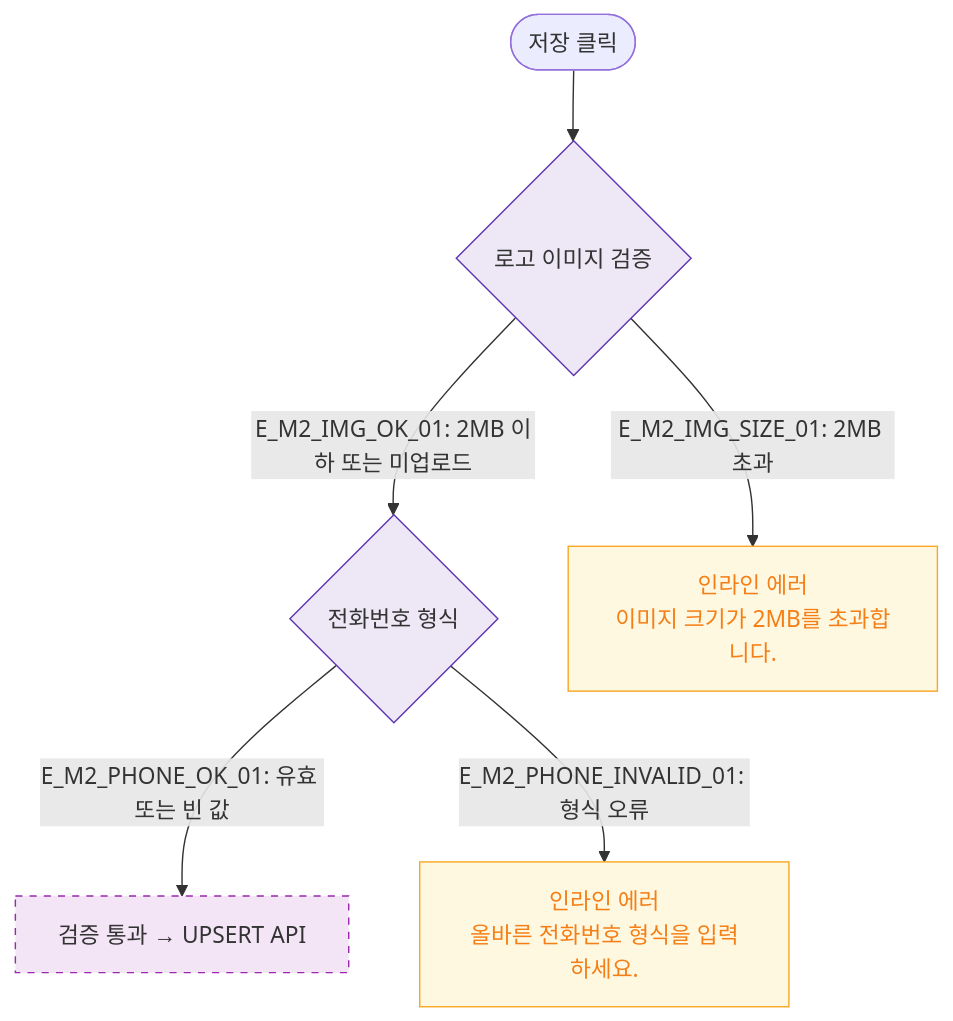
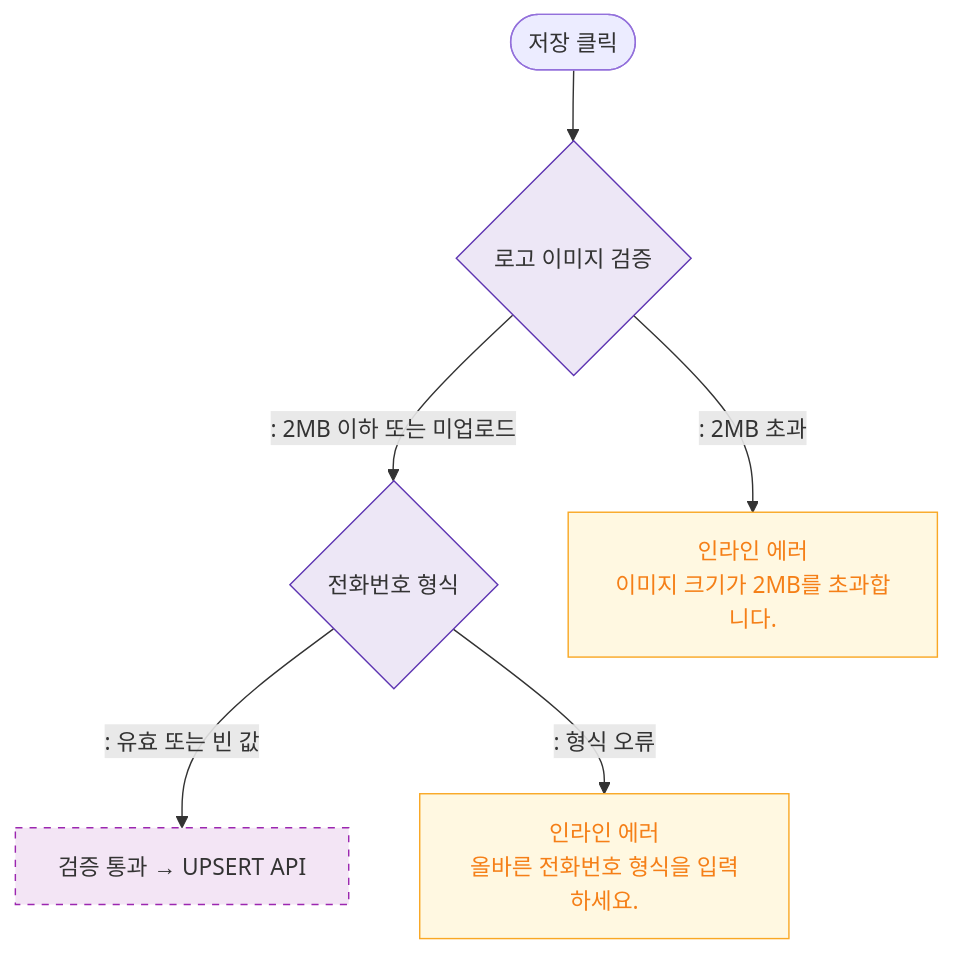
Before and after one commit to dev-spogym/admin-pando: the diagram in docs/다이어그램/D05_상품관리/DLG/DLG-P010_카탈로그설정/M2_필드검증.md, drawn with Mermaid. The commit also changed other lines of this file and 1660 other files, not shown here.

First line of the commit message:
다이어그램: 기획자/클라이언트 납품본으로 정리

````diff
--- a/docs/다이어그램/D05_상품관리/DLG/DLG-P010_카탈로그설정/M2_필드검증.md
+++ b/docs/다이어그램/D05_상품관리/DLG/DLG-P010_카탈로그설정/M2_필드검증.md
@@ -16,16 +14,16 @@
 ```mermaid
 flowchart TD
     SUBMIT([저장 클릭]) --> ImgCheck{로고 이미지 검증}
-    ImgCheck -->|"E_M2_IMG_OK_01: 2MB 이하 또는 미업로드"| PhoneCheck{전화번호 형식}
-    ImgCheck -->|"E_M2_IMG_SIZE_01: 2MB 초과"| ErrImg[인라인 에러\n이미지 크기가 2MB를 초과합니다.]
+    ImgCheck -->|": 2MB 이하 또는 미업로드"|PhoneCheck{전화번호 형식}
+    ImgCheck -->|": 2MB 초과"|ErrImg[인라인 에러\n이미지 크기가 2MB를 초과합니다.]
 
-    PhoneCheck -->|"E_M2_PHONE_OK_01: 유효 또는 빈 값"| Pass[검증 통과 → UPSERT API]
-    PhoneCheck -->|"E_M2_PHONE_INVALID_01: 형식 오류"| ErrPhone[인라인 에러\n올바른 전화번호 형식을 입력하세요.]
+    PhoneCheck -->|": 유효 또는 빈 값"|Pass[검증 통과 → UPSERT API]
+    PhoneCheck -->|": 형식 오류"|ErrPhone[인라인 에러\n올바른 전화번호 형식을 입력하세요.]
 
     classDef newFeature fill:#F3E5F5,stroke:#9C27B0,stroke-dasharray:5 5
     classDef warning fill:#FFF8E1,stroke:#F9A825,color:#F57F17
     classDef system fill:#EDE7F6,stroke:#5E35B2
     class Pass newFeature
     class ErrImg,ErrPhone warning
     class ImgCheck,PhoneCheck system
 ```
````
